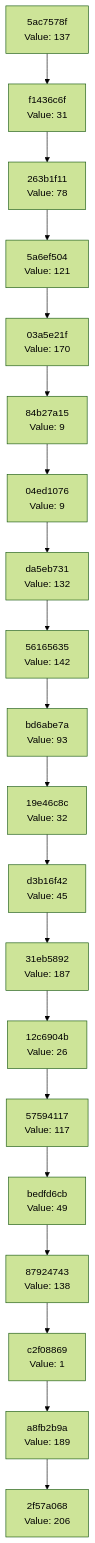
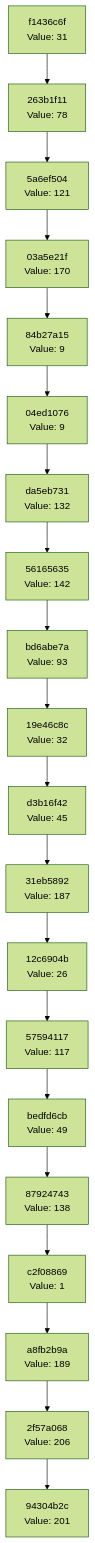
The diagram in docs/CHAIN_VISUALIZATION.md (Abhisheksinha1506/hash-chain-evolver), drawn with Mermaid (forest theme) before and after one commit. The commit also changed 2 other files, not shown here.

Commit message:
Evolution Step

````diff
--- a/docs/CHAIN_VISUALIZATION.md
+++ b/docs/CHAIN_VISUALIZATION.md
@@ -3,42 +3,42 @@
 ```mermaid
 graph TD
-    C0["2f57a068<br/>Value: 206"]
-    C1["a8fb2b9a<br/>Value: 189"]
+    C0["94304b2c<br/>Value: 201"]
+    C1["2f57a068<br/>Value: 206"]
     C1 --> C0
-    C2["c2f08869<br/>Value: 1"]
+    C2["a8fb2b9a<br/>Value: 189"]
     C2 --> C1
-    C3["87924743<br/>Value: 138"]
+    C3["c2f08869<br/>Value: 1"]
     C3 --> C2
-    C4["bedfd6cb<br/>Value: 49"]
+    C4["87924743<br/>Value: 138"]
     C4 --> C3
-    C5["57594117<br/>Value: 117"]
+    C5["bedfd6cb<br/>Value: 49"]
     C5 --> C4
-    C6["12c6904b<br/>Value: 26"]
+    C6["57594117<br/>Value: 117"]
     C6 --> C5
-    C7["31eb5892<br/>Value: 187"]
+    C7["12c6904b<br/>Value: 26"]
     C7 --> C6
-    C8["d3b16f42<br/>Value: 45"]
+    C8["31eb5892<br/>Value: 187"]
     C8 --> C7
-    C9["19e46c8c<br/>Value: 32"]
+    C9["d3b16f42<br/>Value: 45"]
     C9 --> C8
-    C10["bd6abe7a<br/>Value: 93"]
+    C10["19e46c8c<br/>Value: 32"]
     C10 --> C9
-    C11["56165635<br/>Value: 142"]
+    C11["bd6abe7a<br/>Value: 93"]
     C11 --> C10
-    C12["da5eb731<br/>Value: 132"]
+    C12["56165635<br/>Value: 142"]
     C12 --> C11
-    C13["04ed1076<br/>Value: 9"]
+    C13["da5eb731<br/>Value: 132"]
     C13 --> C12
-    C14["84b27a15<br/>Value: 9"]
+    C14["04ed1076<br/>Value: 9"]
     C14 --> C13
-    C15["03a5e21f<br/>Value: 170"]
+    C15["84b27a15<br/>Value: 9"]
     C15 --> C14
-    C16["5a6ef504<br/>Value: 121"]
+    C16["03a5e21f<br/>Value: 170"]
     C16 --> C15
-    C17["263b1f11<br/>Value: 78"]
+    C17["5a6ef504<br/>Value: 121"]
     C17 --> C16
-    C18["f1436c6f<br/>Value: 31"]
+    C18["263b1f11<br/>Value: 78"]
     C18 --> C17
-    C19["5ac7578f<br/>Value: 137"]
+    C19["f1436c6f<br/>Value: 31"]
     C19 --> C18
 ```
````
